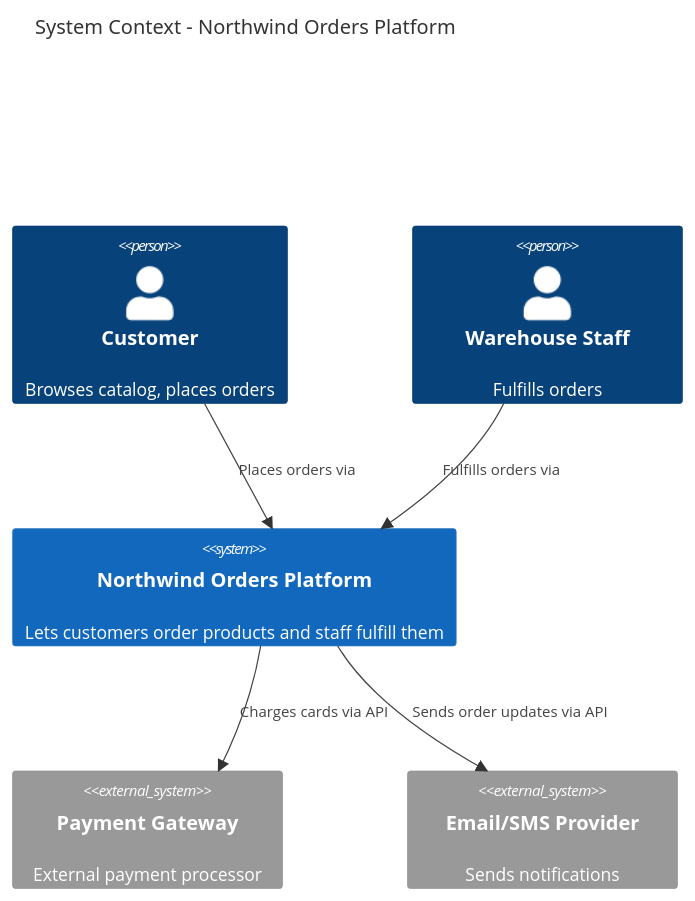
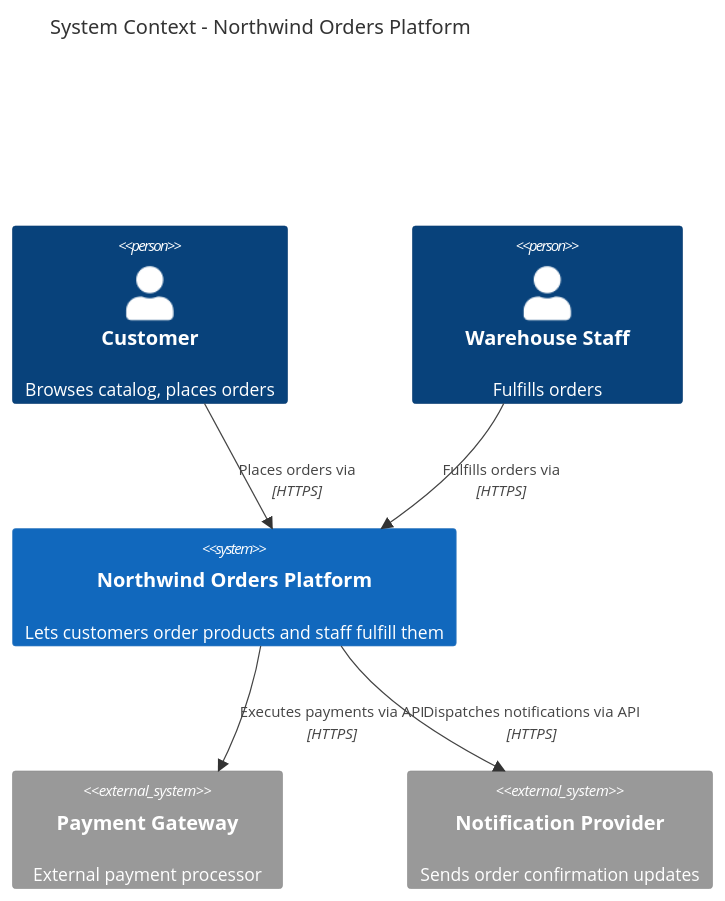
One commit to seanwhs/BootCamps changed the first of 3 diagrams in 01-architecture-and-design/System-Architecture/Part1-Architect-Mindset.md. Above: the diagram before and after it, drawn with Mermaid. The commit also changed other lines of this file, not shown here.

````diff
--- a/01-architecture-and-design/System-Architecture/Part1-Architect-Mindset.md
+++ b/01-architecture-and-design/System-Architecture/Part1-Architect-Mindset.md
@@ -119,18 +184,18 @@
 ```mermaid
 C4Context
   title System Context - Northwind Orders Platform
 
   Person(customer, "Customer", "Browses catalog, places orders")
   Person(staff, "Warehouse Staff", "Fulfills orders")
 
   System(northwind, "Northwind Orders Platform", "Lets customers order products and staff fulfill them")
 
   System_Ext(paymentGw, "Payment Gateway", "External payment processor")
-  System_Ext(emailProvider, "Email/SMS Provider", "Sends notifications")
+  System_Ext(emailProvider, "Notification Provider", "Sends order confirmation updates")
 
-  Rel(customer, northwind, "Places orders via")
-  Rel(staff, northwind, "Fulfills orders via")
-  Rel(northwind, paymentGw, "Charges cards via API")
-  Rel(northwind, emailProvider, "Sends order updates via API")
+  Rel(customer, northwind, "Places orders via", "HTTPS")
+  Rel(staff, northwind, "Fulfills orders via", "HTTPS")
+  Rel(northwind, paymentGw, "Executes payments via API", "HTTPS")
+  Rel(northwind, emailProvider, "Dispatches notifications via API", "HTTPS")
 
 ```
````
